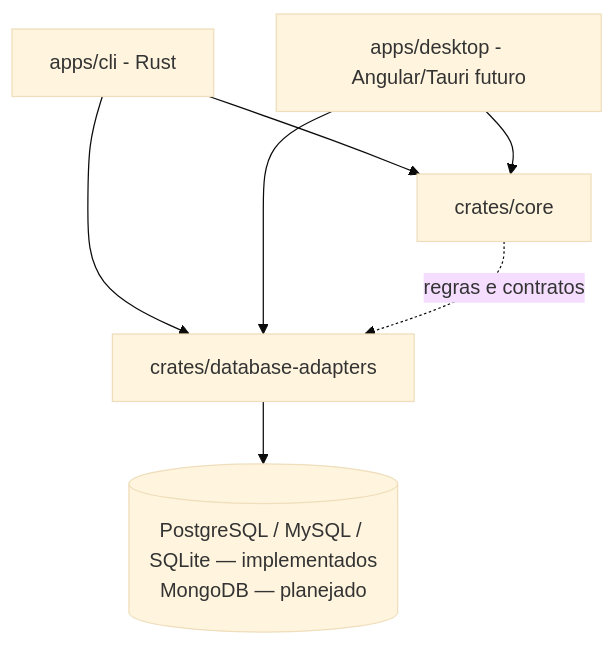
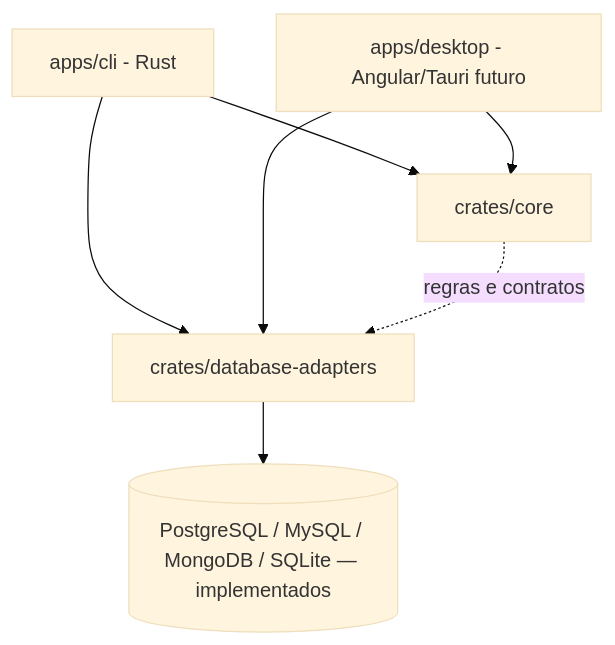
The first of 2 diagrams in docs/arquitetura.md (aqu1no1/database-backup-utility), drawn with Mermaid (base theme) before and after one commit. The commit also changed other lines of this file and 11 other files, not shown here.

````diff
--- a/docs/arquitetura.md
+++ b/docs/arquitetura.md
@@ -3,9 +3,9 @@
 ```mermaid
 flowchart TD
   CLI[apps/cli - Rust] --> CORE[crates/core]
   DESKTOP[apps/desktop - Angular/Tauri futuro] --> CORE
   CLI --> ADAPTERS[crates/database-adapters]
   DESKTOP --> ADAPTERS
-  ADAPTERS --> DB[(PostgreSQL / MySQL / SQLite — implementados<br/>MongoDB — planejado)]
+  ADAPTERS --> DB[(PostgreSQL / MySQL / MongoDB / SQLite — implementados)]
   CORE -. regras e contratos .-> ADAPTERS
 ```
````
